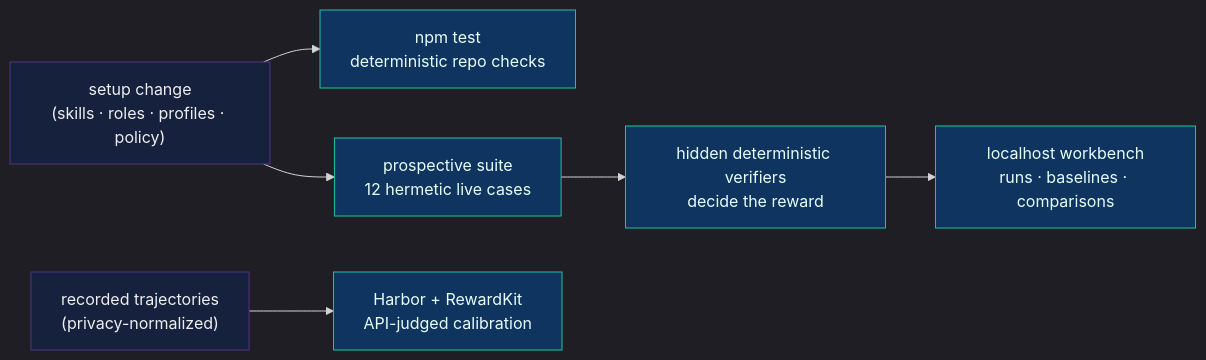
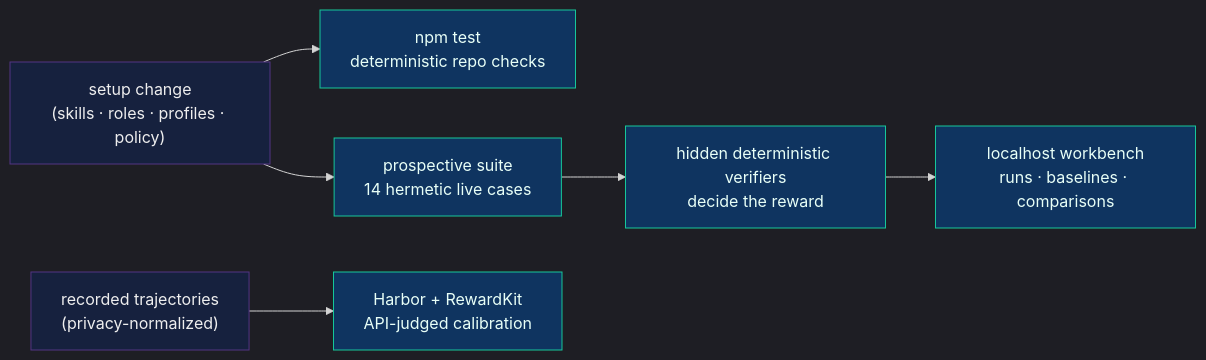
The second of 2 diagrams in README.md (nourhelmi/pi-meta-harness), drawn with Mermaid before and after one commit. The commit also changed other lines of this file and 35 other files, not shown here.

````diff
--- a/README.md
+++ b/README.md
@@ -194,17 +194,17 @@
 ```mermaid
 ---
 config:
   theme: dark
 ---
 flowchart LR
   Change["setup change\n(skills · roles · profiles · policy)"] --> Det["npm test\ndeterministic repo checks"]
-  Change --> Pro["prospective suite\n12 hermetic live cases"]
+  Change --> Pro["prospective suite\n14 hermetic live cases"]
   Rec["recorded trajectories\n(privacy-normalized)"] --> Harbor["Harbor + RewardKit\nAPI-judged calibration"]
   Pro --> Verify["hidden deterministic verifiers\ndecide the reward"]
   Verify --> Bench["localhost workbench\nruns · baselines · comparisons"]
 
   classDef in fill:#16213e,stroke:#533483,color:#eee
   classDef check fill:#0f3460,stroke:#16c79a,color:#e8fff7
   class Change,Rec in
   class Det,Pro,Harbor,Verify,Bench check
 ```
````
